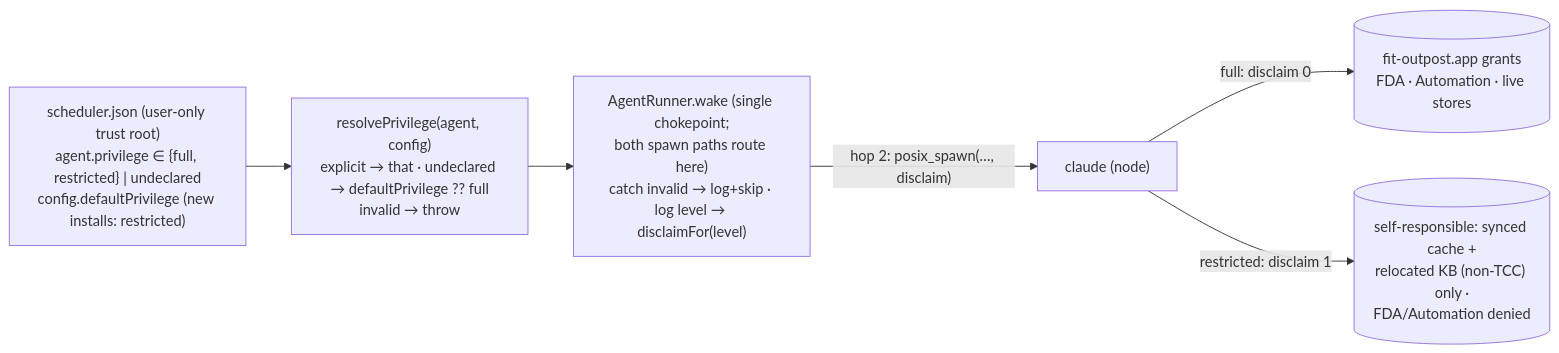
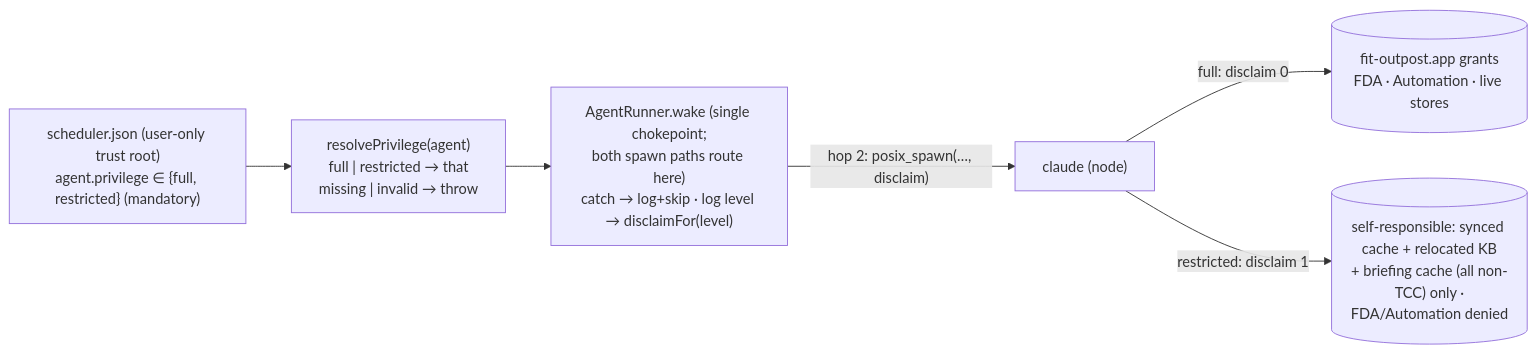
One commit to forwardimpact/monorepo changed the diagram in specs/2120-outpost-agent-least-privilege/design-a.md. Above: the diagram before and after it, drawn with Mermaid. The commit also changed other lines of this file and 1 other file, not shown here.

First line of the commit message:
spec+design(2120): drive a clean break, drop all back-compat

````diff
--- a/specs/2120-outpost-agent-least-privilege/design-a.md
+++ b/specs/2120-outpost-agent-least-privilege/design-a.md
@@ -23,9 +23,9 @@
 ```mermaid
 flowchart LR
-  CFG["scheduler.json (user-only trust root)<br/>agent.privilege ∈ {full, restricted} | undeclared<br/>config.defaultPrivilege (new installs: restricted)"]
-    --> RES["resolvePrivilege(agent, config)<br/>explicit → that · undeclared → defaultPrivilege ?? full<br/>invalid → throw"]
-  RES --> WAKE["AgentRunner.wake (single chokepoint;<br/>both spawn paths route here)<br/>catch invalid → log+skip · log level → disclaimFor(level)"]
+  CFG["scheduler.json (user-only trust root)<br/>agent.privilege ∈ {full, restricted} (mandatory)"]
+    --> RES["resolvePrivilege(agent)<br/>full | restricted → that<br/>missing | invalid → throw"]
+  RES --> WAKE["AgentRunner.wake (single chokepoint;<br/>both spawn paths route here)<br/>catch → log+skip · log level → disclaimFor(level)"]
   WAKE -->|"hop 2: posix_spawn(…, disclaim)"| CLAUDE["claude (node)"]
   CLAUDE -->|full: disclaim 0| APP[("fit-outpost.app grants<br/>FDA · Automation · live stores")]
-  CLAUDE -->|restricted: disclaim 1| SUB[("self-responsible: synced cache +<br/>relocated KB (non-TCC) only ·<br/>FDA/Automation denied")]
+  CLAUDE -->|restricted: disclaim 1| SUB[("self-responsible: synced cache + relocated KB<br/>+ briefing cache (all non-TCC) only ·<br/>FDA/Automation denied")]
 ```
````
